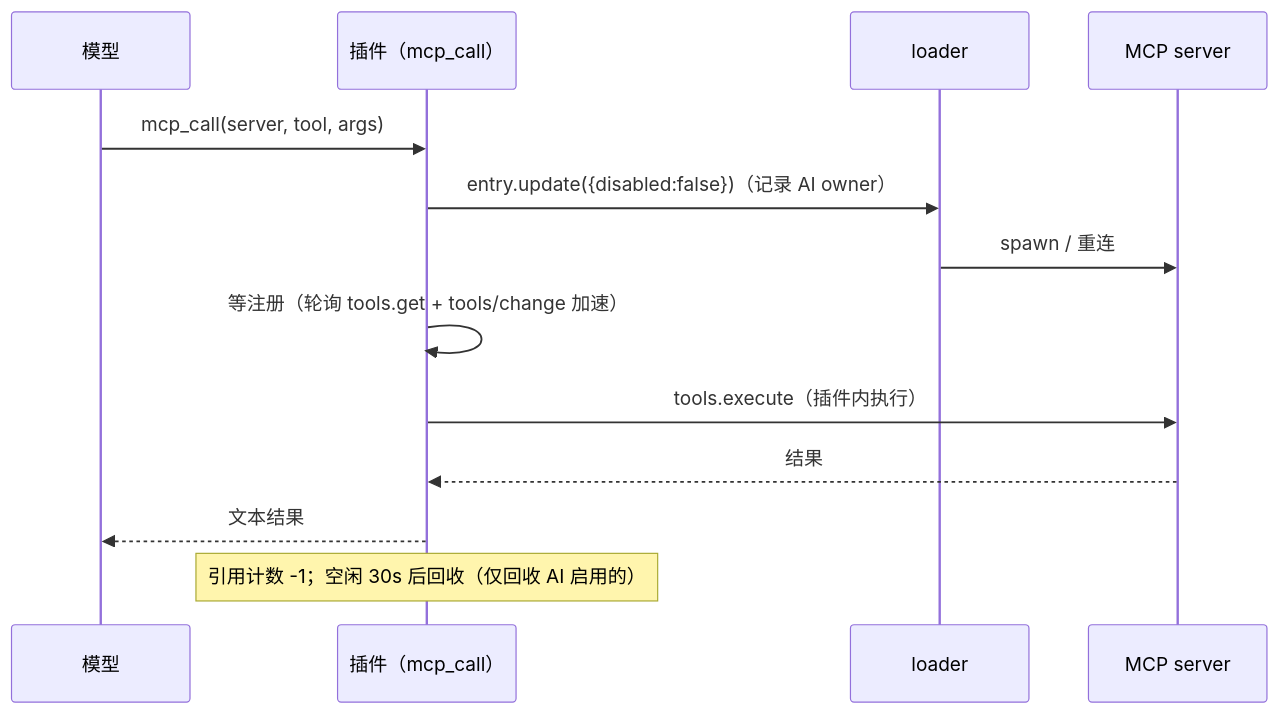
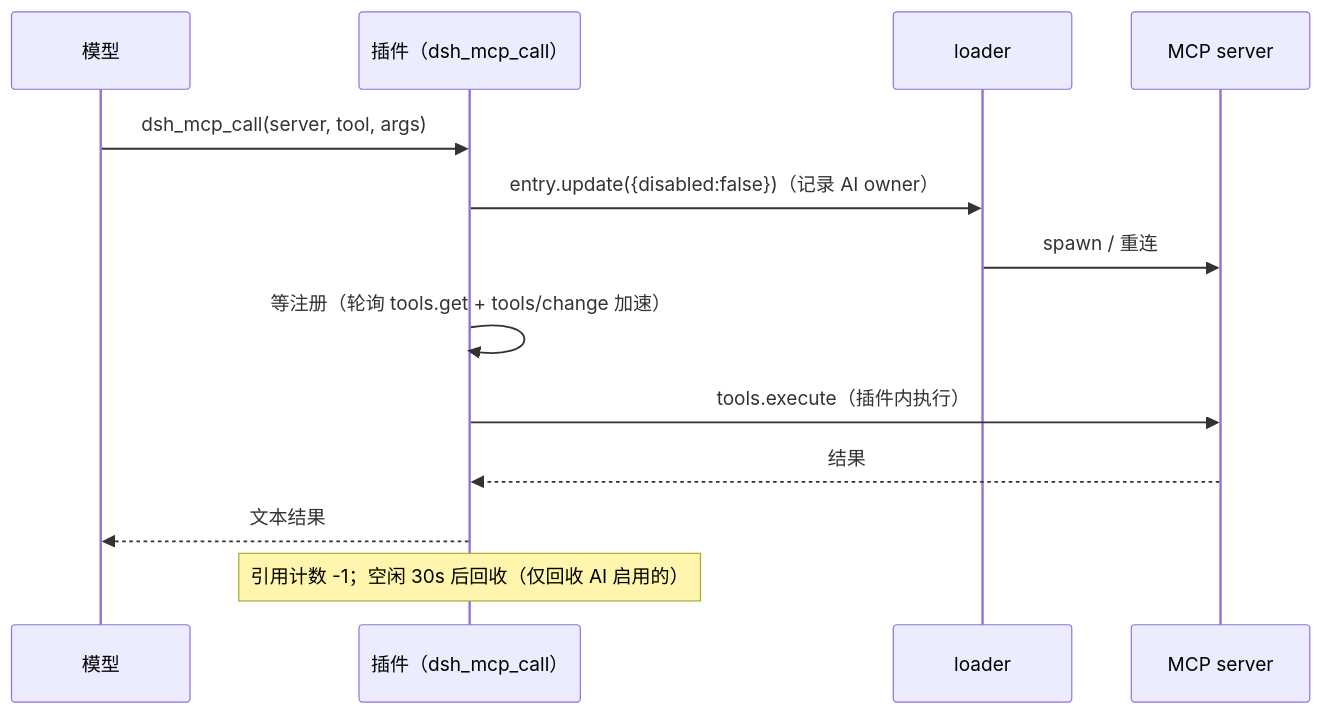
Before and after one commit to lilyblessing/dsh-mcp-skill-panel: the fourth of 4 diagrams in README.md, drawn with Mermaid. The commit also changed other lines of this file and 71 other files, not shown here.

````diff
--- a/README.md
+++ b/README.md
@@ -190,16 +215,16 @@
 ```mermaid
 sequenceDiagram
     participant M as 模型
-    participant P as 插件（mcp_call）
+    participant P as 插件（dsh_mcp_call）
     participant L as loader
     participant S as MCP server
 
-    M->>P: mcp_call(server, tool, args)
+    M->>P: dsh_mcp_call(server, tool, args)
     P->>L: entry.update({disabled:false})（记录 AI owner）
     L->>S: spawn / 重连
     P->>P: 等注册（轮询 tools.get + tools/change 加速）
     P->>S: tools.execute（插件内执行）
     S-->>P: 结果
     P-->>M: 文本结果
     Note over P: 引用计数 -1；空闲 30s 后回收（仅回收 AI 启用的）
 ```
````
